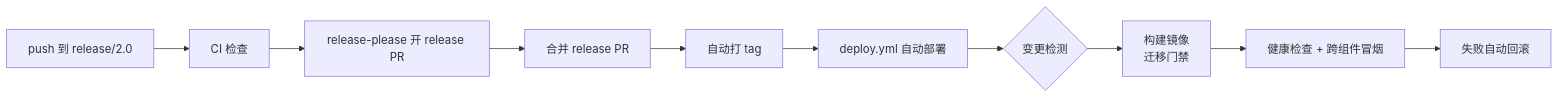
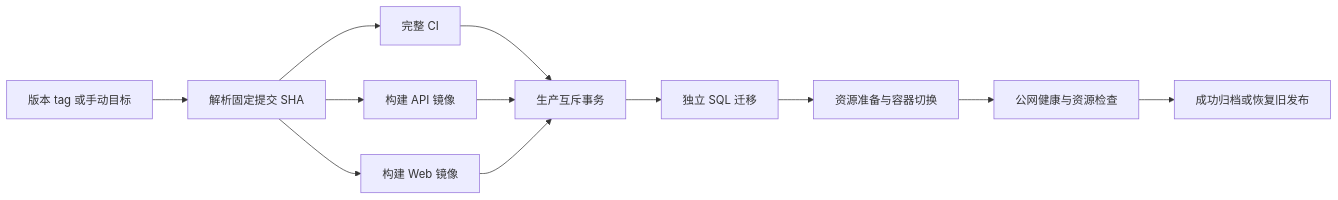
Before and after one commit to VOD-Studio/violet: the diagram in docs/deploy/release-runbook.md, drawn with Mermaid. The commit also changed other lines of this file and 13 other files, not shown here.

````diff
--- a/docs/deploy/release-runbook.md
+++ b/docs/deploy/release-runbook.md
@@ -23,12 +9,14 @@
 ```mermaid
-graph LR
-    A[push 到 release/2.0] --> B[CI 检查]
-    B --> C[release-please 开 release PR]
-    C --> D[合并 release PR]
-    D --> E[自动打 tag]
-    E --> F[deploy.yml 自动部署]
-    F --> G{变更检测}
-    G --> H[构建镜像<br/>迁移门禁]
-    H --> I[健康检查 + 跨组件冒烟]
-    I --> J[失败自动回滚]
+flowchart LR
+    A[版本 tag 或手动目标] --> P[解析固定提交 SHA]
+    P --> C[完整 CI]
+    P --> B[构建 API 镜像]
+    P --> W[构建 Web 镜像]
+    C --> D[生产互斥事务]
+    B --> D
+    W --> D
+    D --> M[独立 SQL 迁移]
+    M --> S[资源准备与容器切换]
+    S --> H[公网健康与资源检查]
+    H --> R[成功归档或恢复旧发布]
 ```
````
